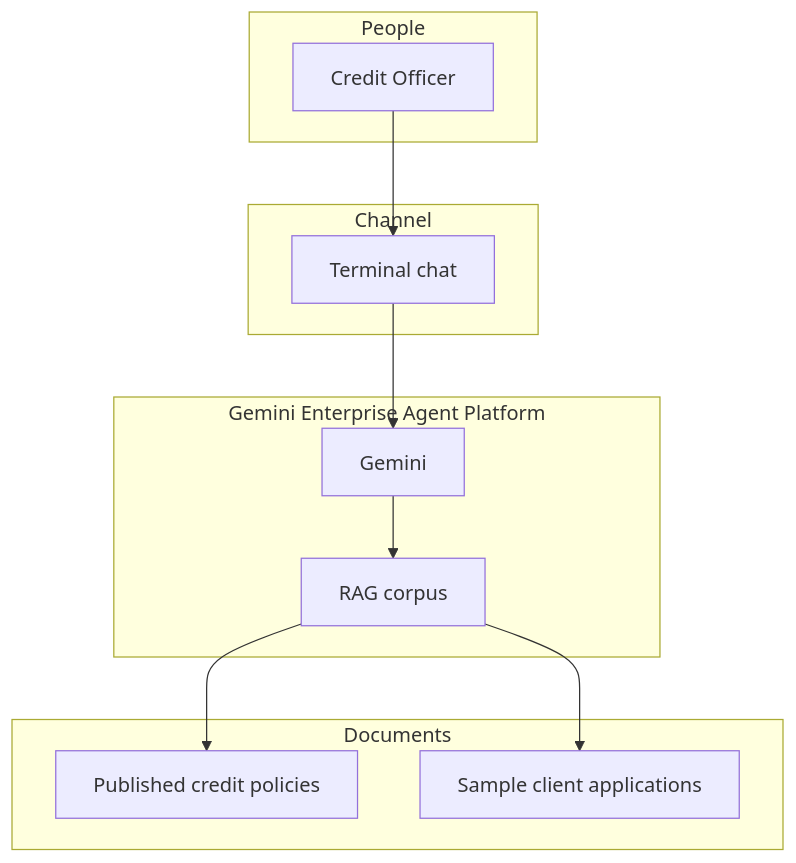
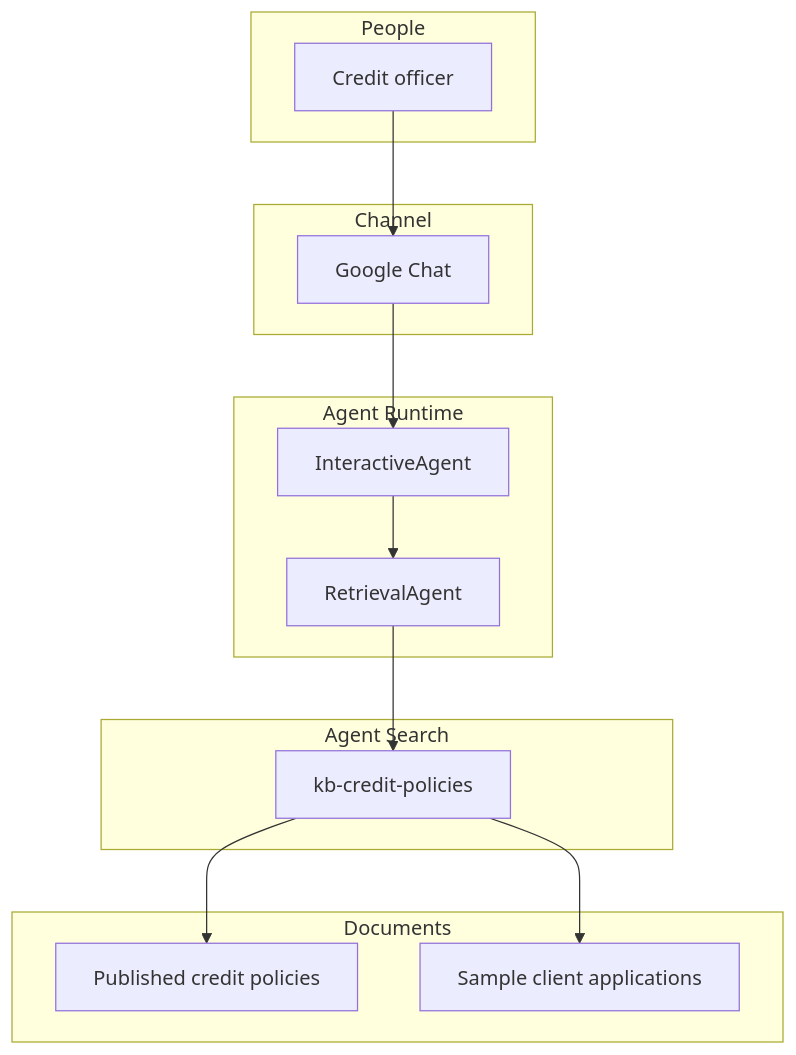
The second of 2 diagrams in README.md (kborovik/google-gemini-platform), drawn with Mermaid before and after one commit. The commit also changed other lines of this file and 3 other files, not shown here.

First line of the commit message:
T12: sync README and docs/demo.md to the Chat + Agent Search path

````diff
--- a/README.md
+++ b/README.md
@@ -34,26 +34,31 @@
 ```mermaid
 flowchart TB
   subgraph People
-    Officer[Credit Officer]
+    Officer[Credit officer]
   end
 
   subgraph Channel
-    Term[Terminal chat]
+    Chat[Google Chat]
   end
 
-  subgraph Gemini["Gemini Enterprise Agent Platform"]
-    Model[Gemini]
-    RAG[RAG corpus]
+  subgraph Runtime["Agent Runtime"]
+    Interactive[InteractiveAgent]
+    Retrieval[RetrievalAgent]
+  end
+
+  subgraph Search["Agent Search"]
+    Store[kb-credit-policies]
   end
 
   subgraph Documents
     Pol[Published credit policies]
     Apps[Sample client applications]
   end
 
-  Officer --> Term
-  Term --> Model
-  Model --> RAG
-  RAG --> Pol
-  RAG --> Apps
+  Officer --> Chat
+  Chat --> Interactive
+  Interactive --> Retrieval
+  Retrieval --> Store
+  Store --> Pol
+  Store --> Apps
 ```
````
